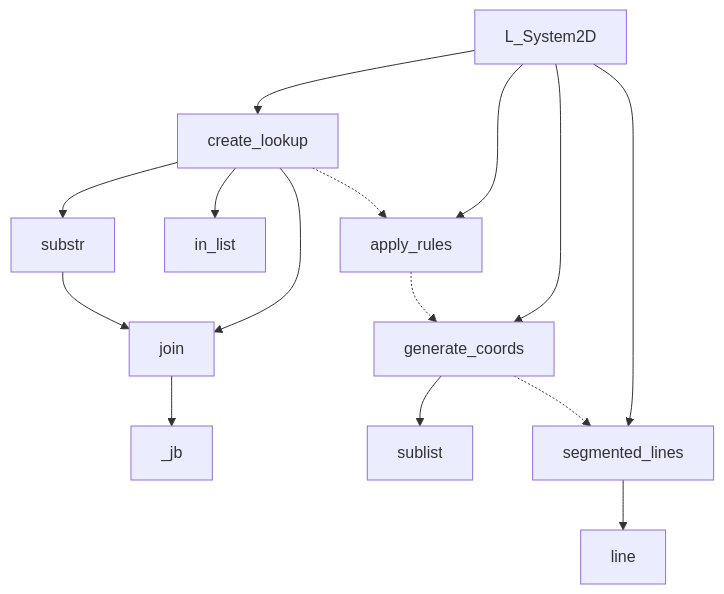
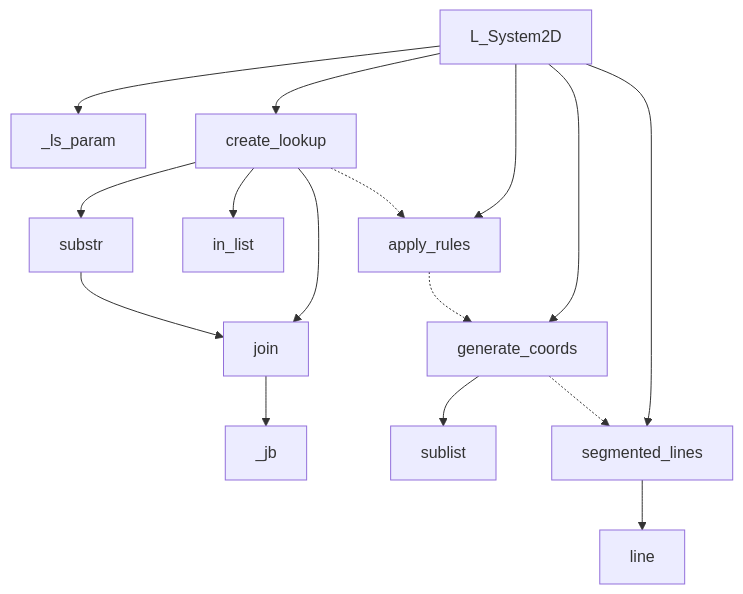
One commit to CameronBrooks11/L-System-SCAD changed the diagram in README.md. Above: the diagram before and after it, drawn with Mermaid. The commit also changed other lines of this file and 8 other files, not shown here.

````diff
--- a/README.md
+++ b/README.md
@@ -43,22 +83,23 @@
 ```mermaid
 graph TD
+  L_System2D --> _ls_param
   L_System2D --> create_lookup
   L_System2D --> apply_rules
   L_System2D --> generate_coords
   L_System2D --> segmented_lines
 
   create_lookup --> substr
   create_lookup --> in_list
   create_lookup --> join
 
   substr --> join
   generate_coords --> sublist
 
   segmented_lines --> line
 
   join --> _jb
 
   create_lookup -.-> apply_rules
   apply_rules -.-> generate_coords
   generate_coords -.-> segmented_lines
 ```
````
